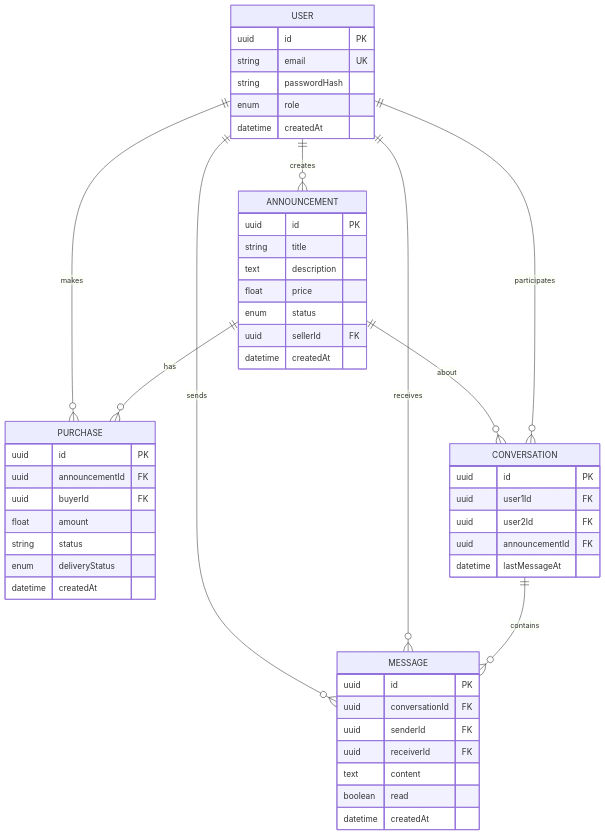
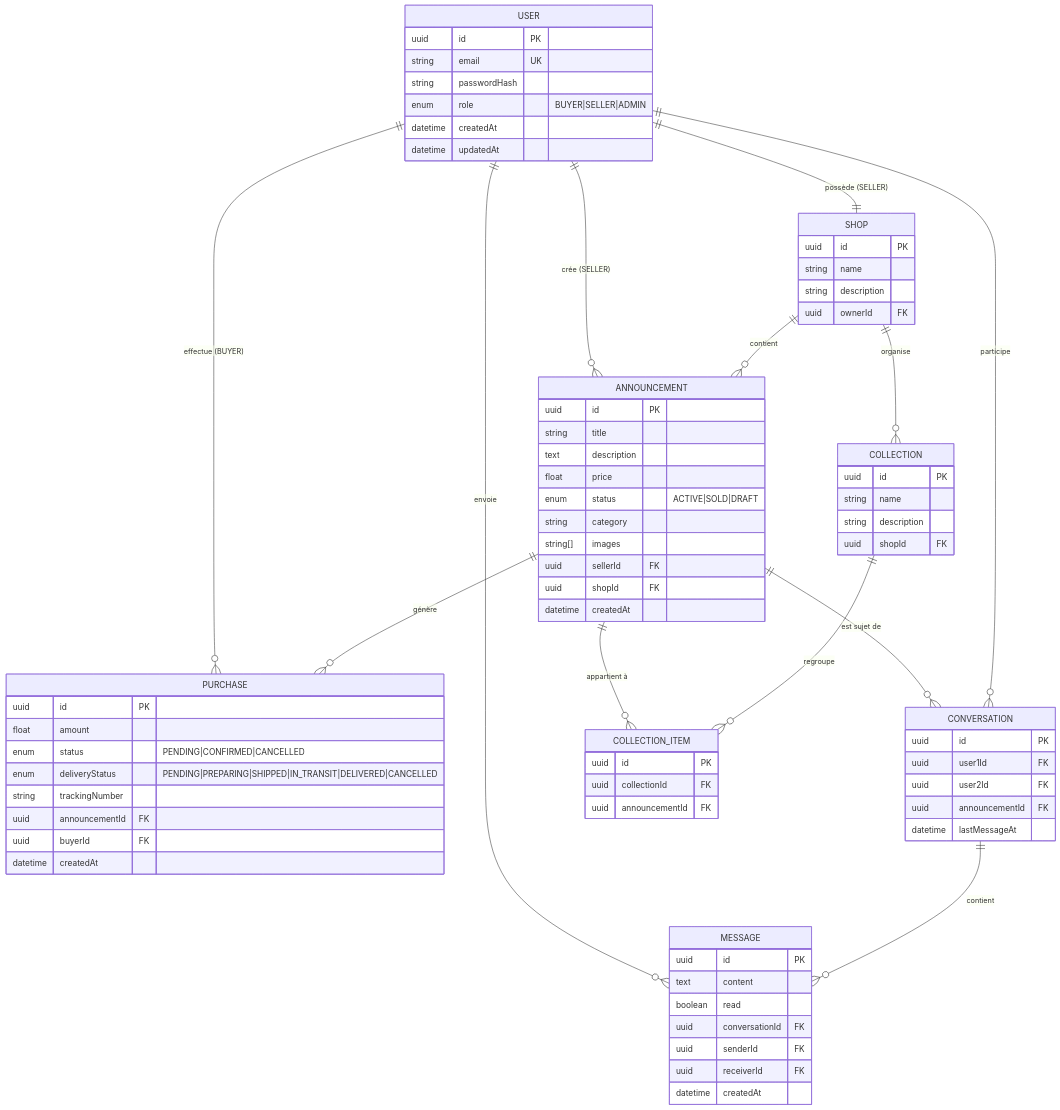
Before and after one commit to ghostland-dev/CollectorShop: the sixth of 9 diagrams in docs/ARCHITECTURE.md, drawn with Mermaid. The commit also changed other lines of this file and 1 other file, not shown here.

Commit message:
update(architecture): enhance documentation with detailed infrastructure and deployment diagrams for Collector.shop, including CI/CD pipeline and service interactions

````diff
--- a/docs/ARCHITECTURE.md
+++ b/docs/ARCHITECTURE.md
@@ -314,20 +477,19 @@
 ```mermaid
 erDiagram
-    USER ||--o{ ANNOUNCEMENT : creates
-    USER ||--o{ PURCHASE : makes
-    USER ||--o{ MESSAGE : sends
-    USER ||--o{ MESSAGE : receives
-    ANNOUNCEMENT ||--o{ PURCHASE : has
-    ANNOUNCEMENT ||--o{ CONVERSATION : about
-    USER ||--o{ CONVERSATION : participates
-    CONVERSATION ||--o{ MESSAGE : contains
-
     USER {
         uuid id PK
         string email UK
         string passwordHash
-        enum role
+        enum role "BUYER|SELLER|ADMIN"
         datetime createdAt
+        datetime updatedAt
+    }
+
+    SHOP {
+        uuid id PK
+        string name
+        string description
+        uuid ownerId FK
     }
 
     ANNOUNCEMENT {
@@ -335,18 +497,22 @@
         string title
         text description
         float price
-        enum status
+        enum status "ACTIVE|SOLD|DRAFT"
+        string category
+        string[] images
         uuid sellerId FK
+        uuid shopId FK
         datetime createdAt
     }
 
     PURCHASE {
         uuid id PK
+        float amount
+        enum status "PENDING|CONFIRMED|CANCELLED"
+        enum deliveryStatus "PENDING|PREPARING|SHIPPED|IN_TRANSIT|DELIVERED|CANCELLED"
+        string trackingNumber
         uuid announcementId FK
         uuid buyerId FK
-        float amount
-        string status
-        enum deliveryStatus
         datetime createdAt
     }
 
@@ -360,11 +526,37 @@
 
     MESSAGE {
         uuid id PK
+        text content
+        boolean read
         uuid conversationId FK
         uuid senderId FK
         uuid receiverId FK
-        text content
-        boolean read
         datetime createdAt
     }
+
+    COLLECTION {
+        uuid id PK
+        string name
+        string description
+        uuid shopId FK
+    }
+
+    COLLECTION_ITEM {
+        uuid id PK
+        uuid collectionId FK
+        uuid announcementId FK
+    }
+
+    USER ||--o{ ANNOUNCEMENT : "crée (SELLER)"
+    USER ||--o{ PURCHASE : "effectue (BUYER)"
+    USER ||--|| SHOP : "possède (SELLER)"
+    USER ||--o{ MESSAGE : "envoie"
+    SHOP ||--o{ ANNOUNCEMENT : "contient"
+    SHOP ||--o{ COLLECTION : "organise"
+    ANNOUNCEMENT ||--o{ PURCHASE : "génère"
+    ANNOUNCEMENT ||--o{ CONVERSATION : "est sujet de"
+    ANNOUNCEMENT ||--o{ COLLECTION_ITEM : "appartient à"
+    USER ||--o{ CONVERSATION : "participe"
+    CONVERSATION ||--o{ MESSAGE : "contient"
+    COLLECTION ||--o{ COLLECTION_ITEM : "regroupe"
 ```
````
